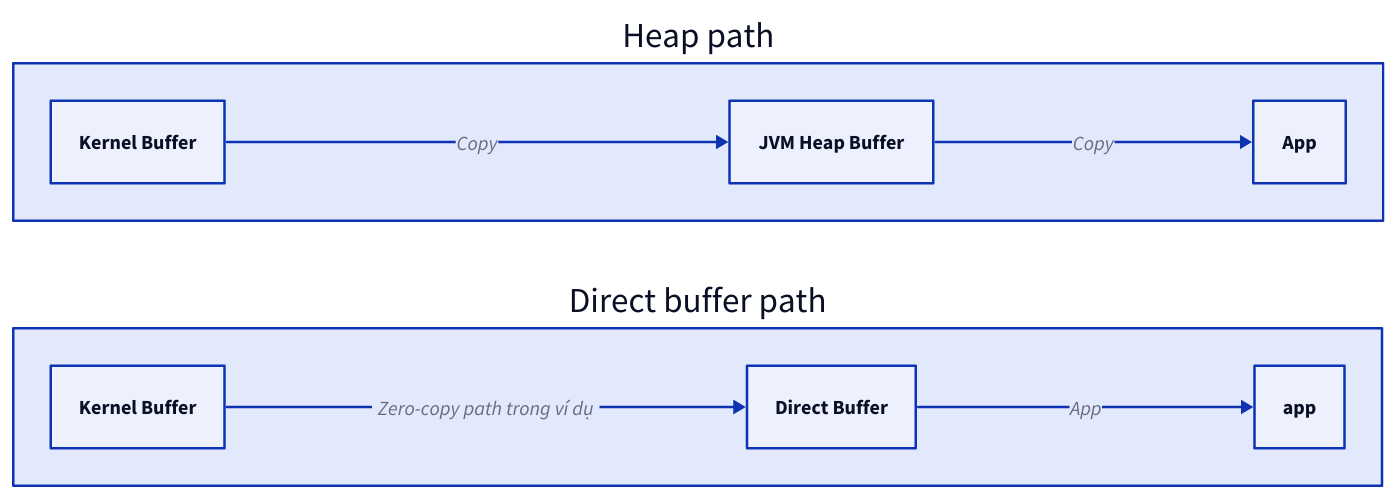
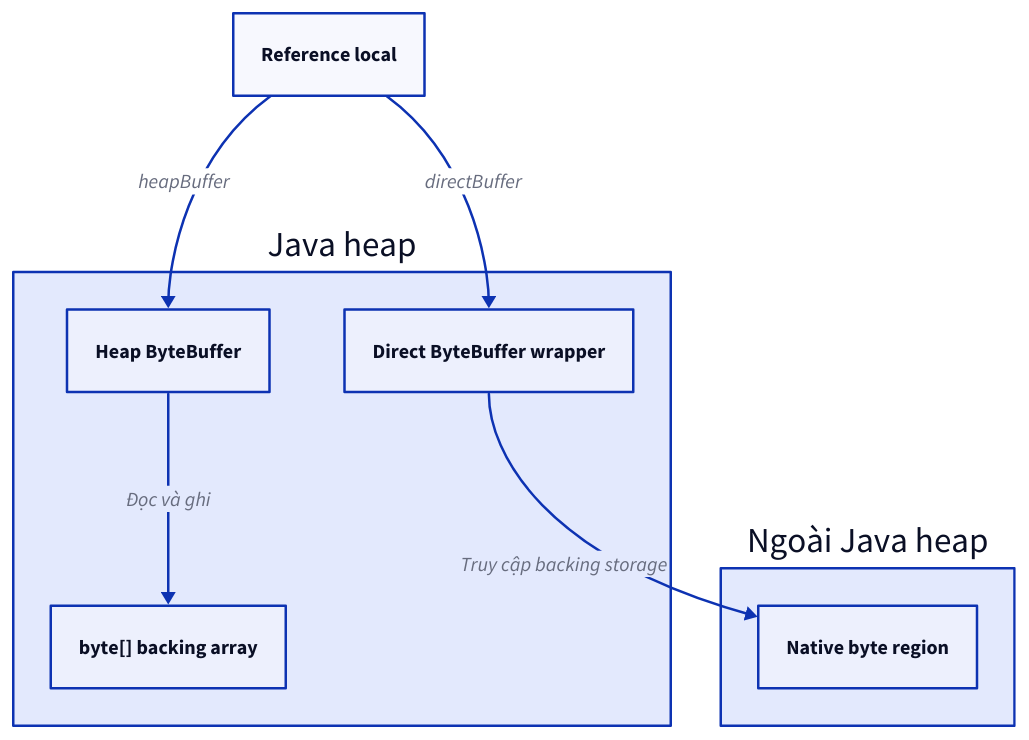
One commit to vanhiep99w/interview-question changed the third of 3 diagrams in content/docs/java/01-heap-vs-off-heap-vs-stack.mdx. Above: the diagram before and after it, drawn with D2. The commit also changed other lines of this file and 1 other file, not shown here.

Commit message:
docs(java): rewrite heap off-heap and stack as detailed explainer

````diff
--- a/content/docs/java/01-heap-vs-off-heap-vs-stack.mdx
+++ b/content/docs/java/01-heap-vs-off-heap-vs-stack.mdx
@@ -184,16 +310,16 @@
-```d2 title="Heap buffer và direct buffer"
-direction: right
-heap: "Heap path" {
-  kernel: "Kernel Buffer"
-buffer: "JVM Heap Buffer"
-kernel -> buffer: "Copy"
-  app: "App"
-  buffer -> app: "Copy"
+```d2 interactive=false title="Heap buffer và direct buffer khác nhau ở backing storage"
+direction: down
+locals: "Reference local"
+heap: Java heap {
+  hb: "Heap ByteBuffer"
+  array: "byte[] backing array"
+  db: "Direct ByteBuffer wrapper"
+  hb -> array: "Đọc và ghi"
 }
-direct: "Direct buffer path" {
-  kernel: "Kernel Buffer"
-buffer: "Direct Buffer"
-kernel -> buffer: "Zero-copy path trong ví dụ"
-  buffer -> app: "App"
+native: Ngoài Java heap {
+  bytes: "Native byte region"
 }
+locals -> heap.hb: heapBuffer
+locals -> heap.db: directBuffer
+heap.db -> native.bytes: "Truy cập backing storage"
 ```
````
